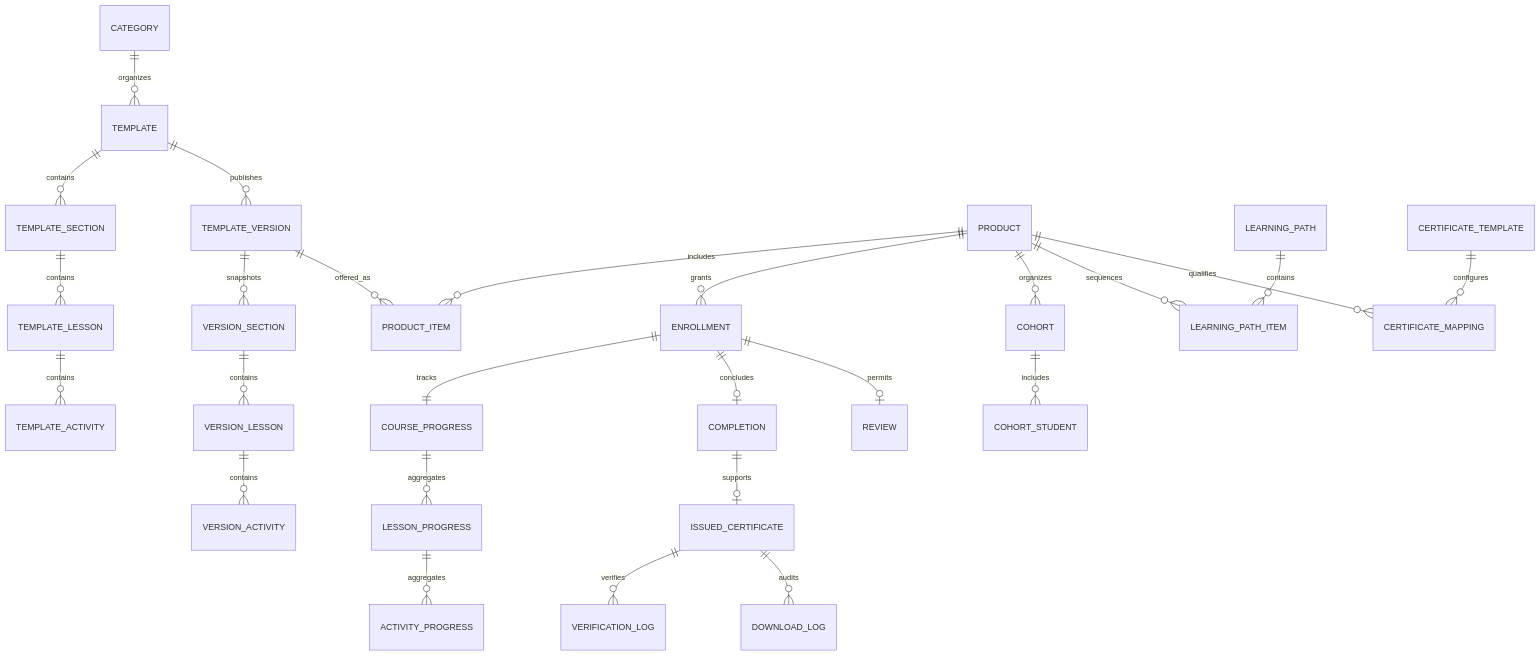
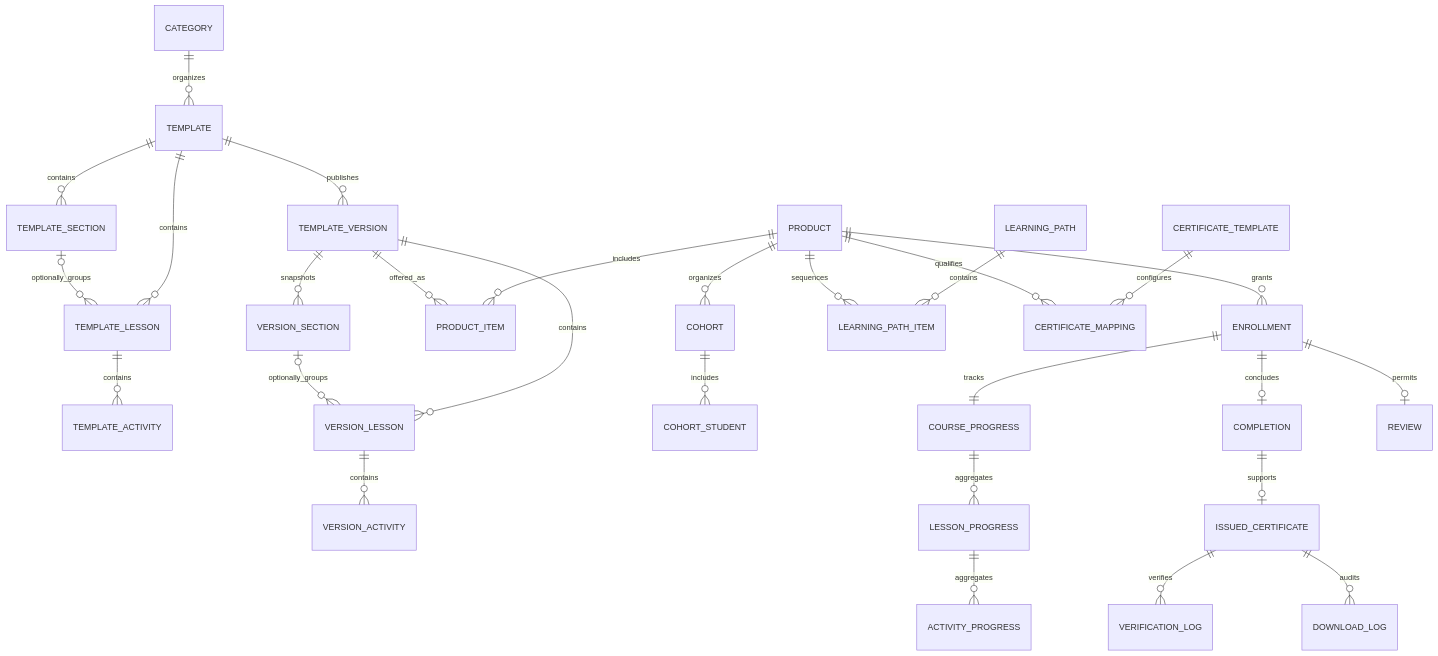
Before and after one commit to tiemtt-ai/lf: the first of 2 diagrams in docs/database/course/README.md, drawn with Mermaid. The commit also changed other lines of this file and 24 other files, not shown here.

````diff
--- a/docs/database/course/README.md
+++ b/docs/database/course/README.md
@@ -119,33 +119,35 @@
 ```mermaid
 erDiagram
     CATEGORY ||--o{ TEMPLATE : organizes
     TEMPLATE ||--o{ TEMPLATE_SECTION : contains
-    TEMPLATE_SECTION ||--o{ TEMPLATE_LESSON : contains
+    TEMPLATE ||--o{ TEMPLATE_LESSON : contains
+    TEMPLATE_SECTION o|--o{ TEMPLATE_LESSON : optionally_groups
     TEMPLATE_LESSON ||--o{ TEMPLATE_ACTIVITY : contains
 
     TEMPLATE ||--o{ TEMPLATE_VERSION : publishes
     TEMPLATE_VERSION ||--o{ VERSION_SECTION : snapshots
-    VERSION_SECTION ||--o{ VERSION_LESSON : contains
+    TEMPLATE_VERSION ||--o{ VERSION_LESSON : contains
+    VERSION_SECTION o|--o{ VERSION_LESSON : optionally_groups
     VERSION_LESSON ||--o{ VERSION_ACTIVITY : contains
 
     PRODUCT ||--o{ PRODUCT_ITEM : includes
     TEMPLATE_VERSION ||--o{ PRODUCT_ITEM : offered_as
     PRODUCT ||--o{ ENROLLMENT : grants
     PRODUCT ||--o{ COHORT : organizes
     COHORT ||--o{ COHORT_STUDENT : includes
 
     ENROLLMENT ||--|| COURSE_PROGRESS : tracks
     COURSE_PROGRESS ||--o{ LESSON_PROGRESS : aggregates
     LESSON_PROGRESS ||--o{ ACTIVITY_PROGRESS : aggregates
     ENROLLMENT ||--o| COMPLETION : concludes
     ENROLLMENT ||--o| REVIEW : permits
 
     LEARNING_PATH ||--o{ LEARNING_PATH_ITEM : contains
     PRODUCT ||--o{ LEARNING_PATH_ITEM : sequences
 
     CERTIFICATE_TEMPLATE ||--o{ CERTIFICATE_MAPPING : configures
     PRODUCT ||--o{ CERTIFICATE_MAPPING : qualifies
     COMPLETION ||--o| ISSUED_CERTIFICATE : supports
     ISSUED_CERTIFICATE ||--o{ VERIFICATION_LOG : verifies
     ISSUED_CERTIFICATE ||--o{ DOWNLOAD_LOG : audits
 ```
````
